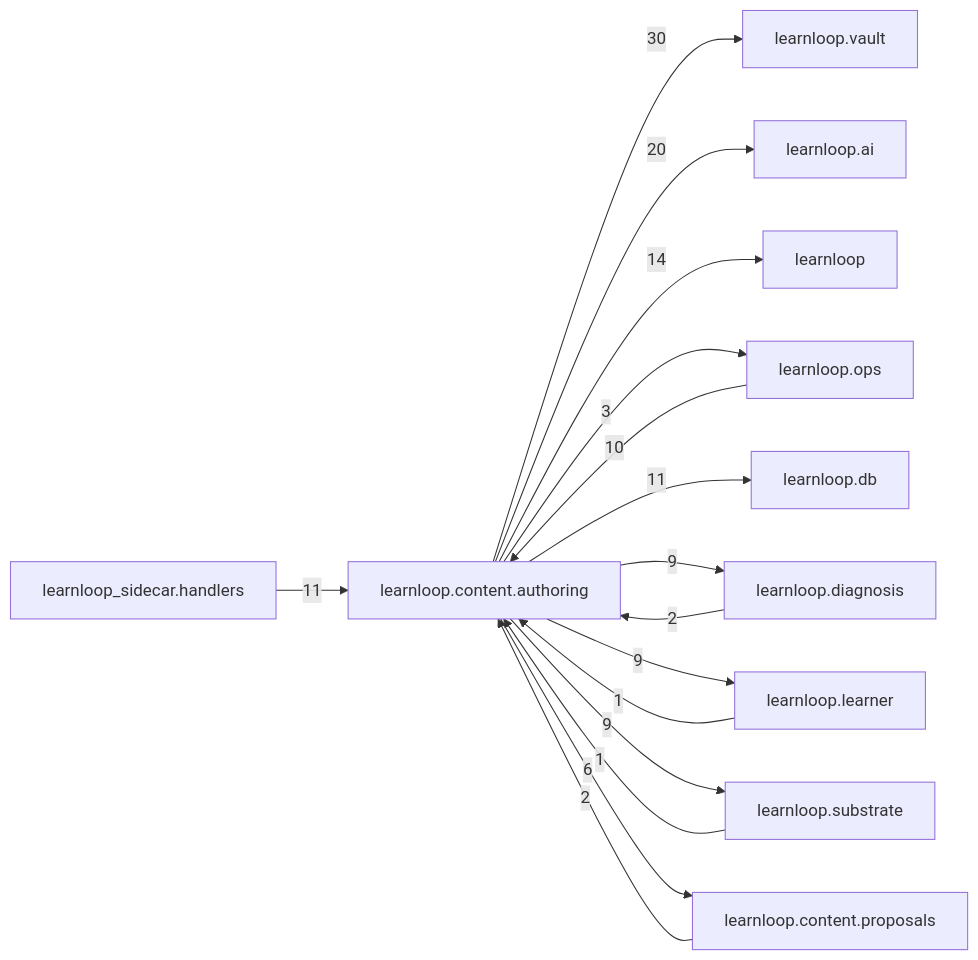
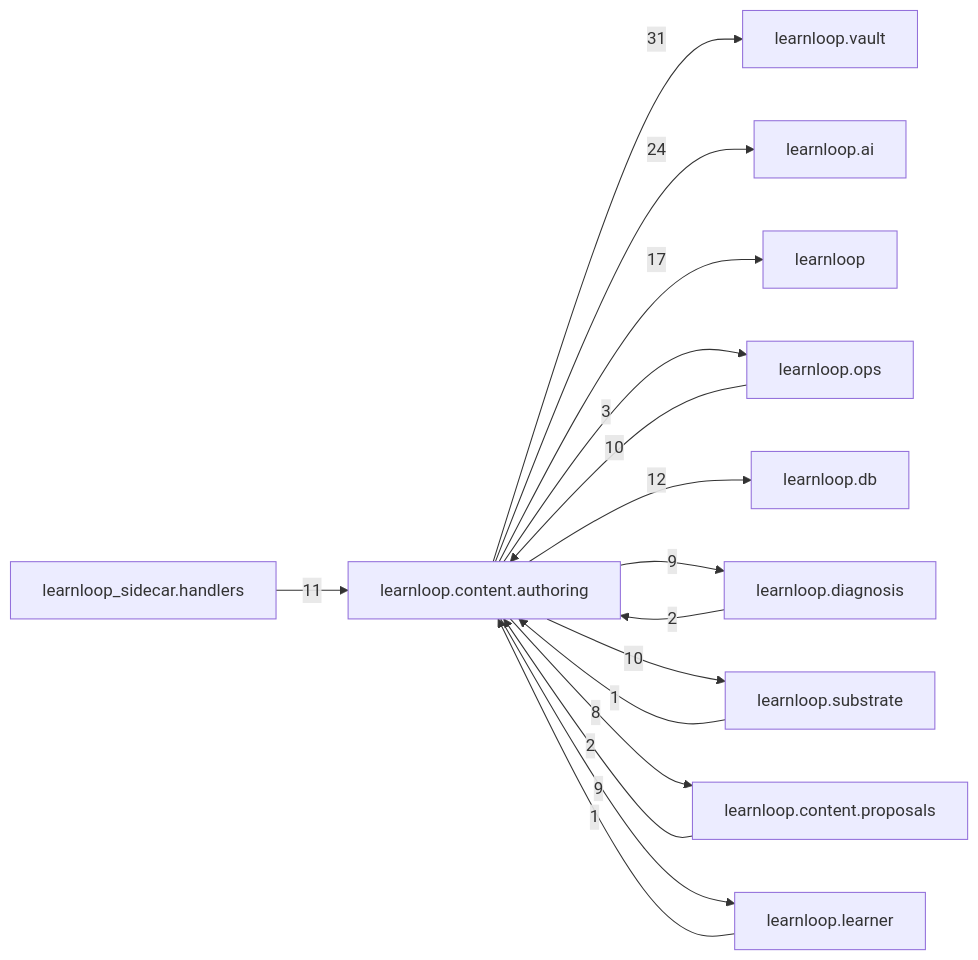
Before and after one commit to 6up-b/learnanything: the diagram in docs/learnloop-architecture-vault/Reference/Modules/learnloop/content/authoring/_package.md, drawn with Mermaid. The commit also changed other lines of this file and 315 other files, not shown here.

````diff
--- a/docs/learnloop-architecture-vault/Reference/Modules/learnloop/content/authoring/_package.md
+++ b/docs/learnloop-architecture-vault/Reference/Modules/learnloop/content/authoring/_package.md
@@ -140,29 +143,29 @@
 ```mermaid
 flowchart LR
     center["learnloop.content.authoring"]
     n_learnloop_vault["learnloop.vault"]
     n_learnloop_ai["learnloop.ai"]
     n_learnloop["learnloop"]
     n_learnloop_ops["learnloop.ops"]
     n_learnloop_db["learnloop.db"]
     n_learnloop_diagnosis["learnloop.diagnosis"]
+    n_learnloop_substrate["learnloop.substrate"]
     n_learnloop_sidecar_handlers["learnloop_sidecar.handlers"]
+    n_learnloop_content_proposals["learnloop.content.proposals"]
     n_learnloop_learner["learnloop.learner"]
-    n_learnloop_substrate["learnloop.substrate"]
-    n_learnloop_content_proposals["learnloop.content.proposals"]
-    center -->|30| n_learnloop_vault
-    center -->|20| n_learnloop_ai
-    center -->|14| n_learnloop
+    center -->|31| n_learnloop_vault
+    center -->|24| n_learnloop_ai
+    center -->|17| n_learnloop
     n_learnloop_ops -->|10| center
     center -->|3| n_learnloop_ops
-    center -->|11| n_learnloop_db
+    center -->|12| n_learnloop_db
     n_learnloop_diagnosis -->|2| center
     center -->|9| n_learnloop_diagnosis
+    n_learnloop_substrate -->|1| center
+    center -->|10| n_learnloop_substrate
     n_learnloop_sidecar_handlers -->|11| center
+    n_learnloop_content_proposals -->|2| center
+    center -->|8| n_learnloop_content_proposals
     n_learnloop_learner -->|1| center
     center -->|9| n_learnloop_learner
-    n_learnloop_substrate -->|1| center
-    center -->|9| n_learnloop_substrate
-    n_learnloop_content_proposals -->|2| center
-    center -->|6| n_learnloop_content_proposals
 ```
````
